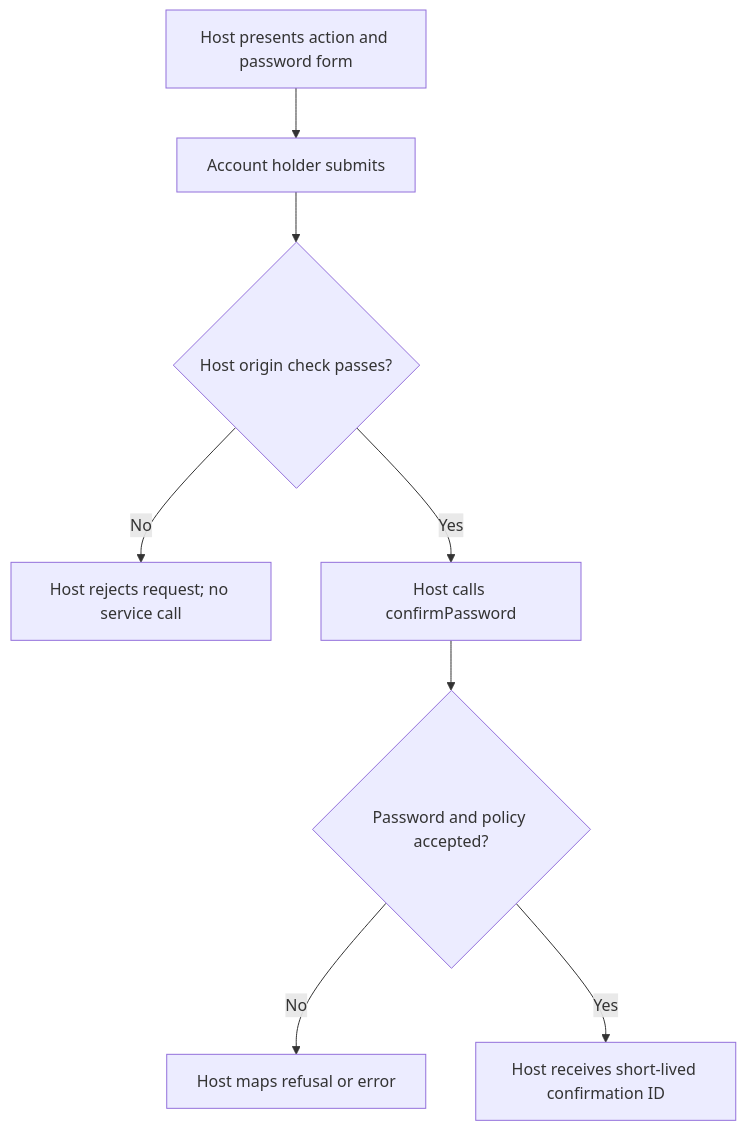
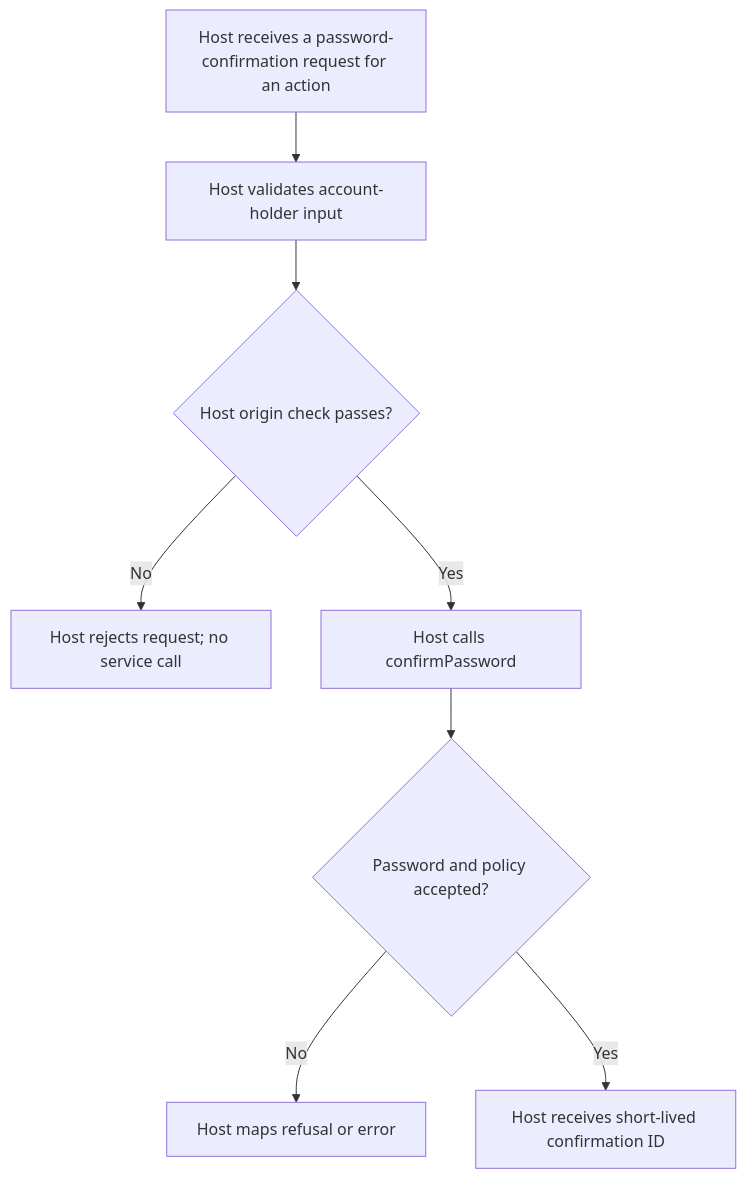
The first of 2 diagrams in user-stories/US-CONFIRM-01-issue-confirmation.md (Kevinjohn/oss-adonisjs-confirm-action-with-password), drawn with Mermaid before and after one commit. The commit also changed other lines of this file, not shown here.

Commit message:
Align confirmation flow with locked expiry validation

````diff
--- a/user-stories/US-CONFIRM-01-issue-confirmation.md
+++ b/user-stories/US-CONFIRM-01-issue-confirmation.md
@@ -21,10 +21,10 @@
 ```mermaid
 flowchart TD
-    A["Host presents action and password form"] --> B["Account holder submits"]
+    A["Host receives a password-confirmation request for an action"] --> B["Host validates account-holder input"]
     B --> C{"Host origin check passes?"}
     C -->|No| D["Host rejects request; no service call"]
     C -->|Yes| E["Host calls confirmPassword"]
     E --> F{"Password and policy accepted?"}
     F -->|No| G["Host maps refusal or error"]
     F -->|Yes| H["Host receives short-lived confirmation ID"]
 ```
````
